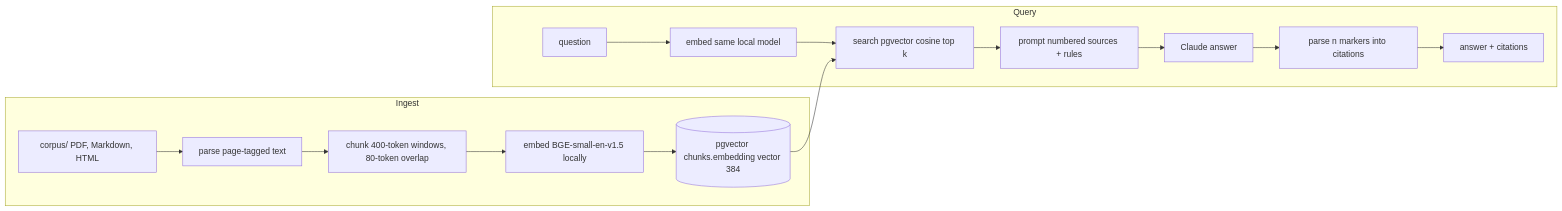
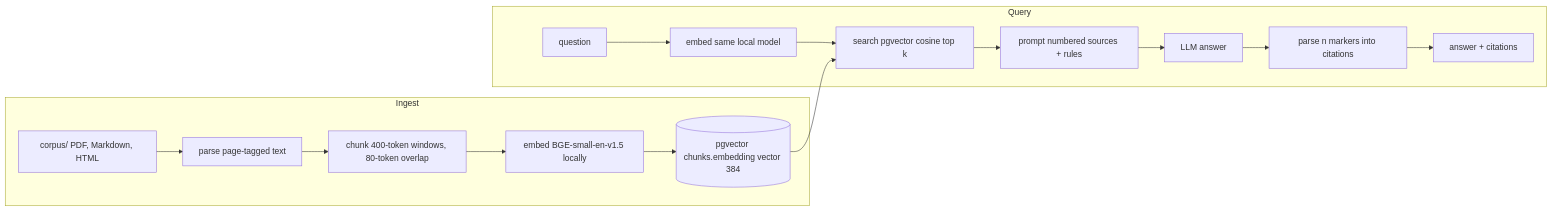
Before and after one commit to willowvibe/rag-docs-chatbot: the diagram in docs/architecture.md, drawn with Mermaid. The commit also changed other lines of this file and 13 other files, not shown here.

````diff
--- a/docs/architecture.md
+++ b/docs/architecture.md
@@ -7,19 +7,19 @@
 ```mermaid
 flowchart LR
     subgraph Ingest
         A[corpus/ PDF, Markdown, HTML] --> B[parse page-tagged text]
         B --> C[chunk 400-token windows, 80-token overlap]
         C --> D[embed BGE-small-en-v1.5 locally]
         D --> E[(pgvector chunks.embedding vector 384)]
     end
 
     subgraph Query
         Q[question] --> QE[embed same local model]
         QE --> S[search pgvector cosine top k]
         E --> S
         S --> P[prompt numbered sources + rules]
-        P --> M[Claude answer]
+        P --> M[LLM answer]
         M --> CP[parse n markers into citations]
         CP --> R[answer + citations]
     end
 ```
````
